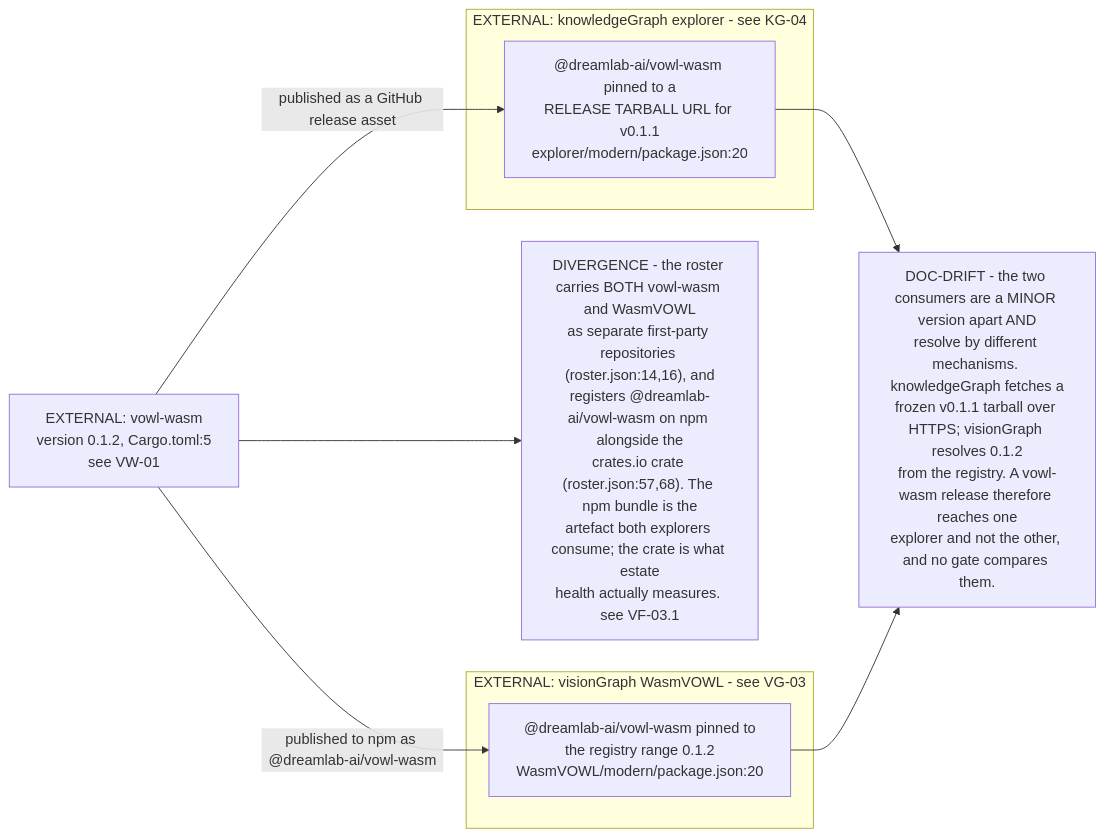
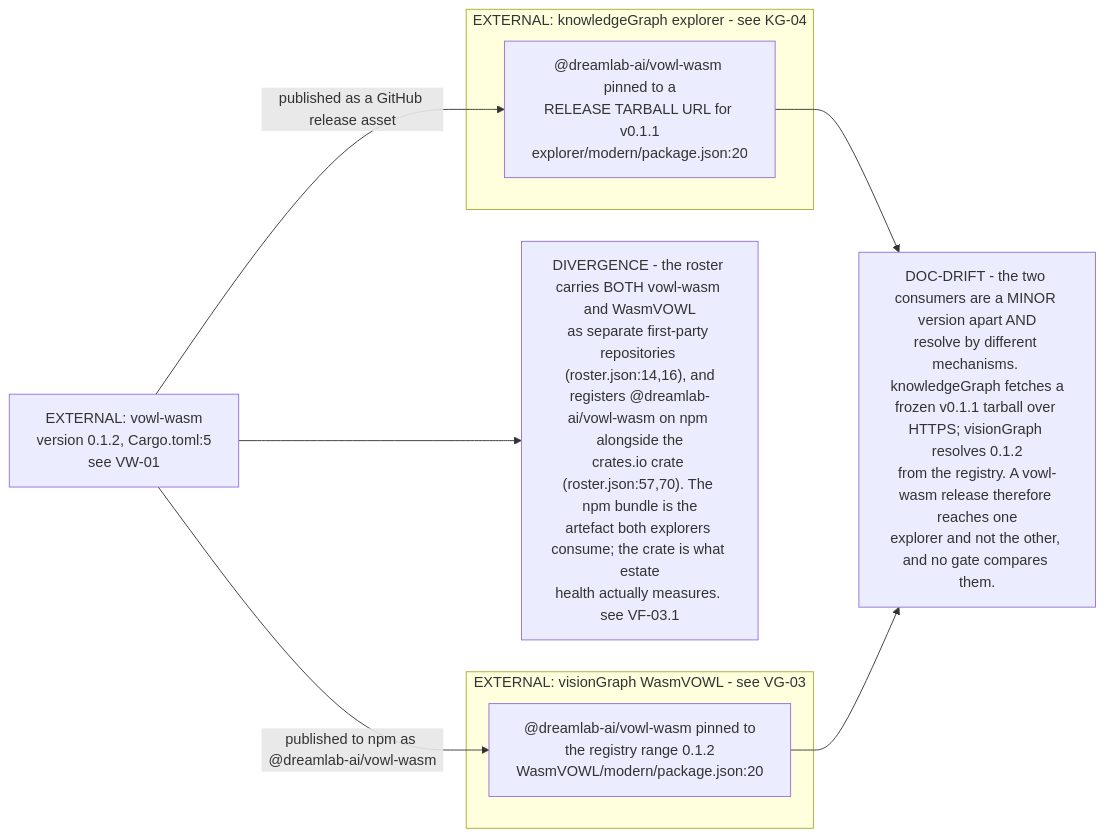
Before and after one commit to DreamLab-AI/VisionFlow: the third of 5 diagrams in docs/diagrams/estate/11-publishing-axis.md, drawn with Mermaid. The commit also changed other lines of this file and 111 other files, not shown here.

Commit message:
docs(diagrams): align estate maps with current source

````diff
--- a/docs/diagrams/estate/11-publishing-axis.md
+++ b/docs/diagrams/estate/11-publishing-axis.md
@@ -93,21 +93,21 @@
 ```mermaid
 flowchart LR
     CRATE["EXTERNAL: vowl-wasm<br/>version 0.1.2, Cargo.toml:5<br/>see VW-01"]
 
     subgraph KGE["EXTERNAL: knowledgeGraph explorer - see KG-04"]
         KGP["@dreamlab-ai/vowl-wasm pinned to a<br/>RELEASE TARBALL URL for v0.1.1<br/>explorer/modern/package.json:20"]
     end
     subgraph VGE["EXTERNAL: visionGraph WasmVOWL - see VG-03"]
         VGP["@dreamlab-ai/vowl-wasm pinned to<br/>the registry range 0.1.2<br/>WasmVOWL/modern/package.json:20"]
     end
 
     CRATE -->|"published as a GitHub release asset"| KGP
     CRATE -->|"published to npm as @dreamlab-ai/vowl-wasm"| VGP
 
     D1["DOC-DRIFT - the two consumers are a MINOR version apart AND<br/>resolve by different mechanisms. knowledgeGraph fetches a<br/>frozen v0.1.1 tarball over HTTPS; visionGraph resolves 0.1.2<br/>from the registry. A vowl-wasm release therefore reaches one<br/>explorer and not the other, and no gate compares them."]
-    D2["DIVERGENCE - the roster carries BOTH vowl-wasm and WasmVOWL<br/>as separate first-party repositories (roster.json:14,16), and<br/>registers @dreamlab-ai/vowl-wasm on npm alongside the<br/>crates.io crate (roster.json:57,68). The npm bundle is the<br/>artefact both explorers consume; the crate is what estate<br/>health actually measures. see VF-03.1"]
+    D2["DIVERGENCE - the roster carries BOTH vowl-wasm and WasmVOWL<br/>as separate first-party repositories (roster.json:14,16), and<br/>registers @dreamlab-ai/vowl-wasm on npm alongside the<br/>crates.io crate (roster.json:57,70). The npm bundle is the<br/>artefact both explorers consume; the crate is what estate<br/>health actually measures. see VF-03.1"]
 
     KGP --> D1
     VGP --> D1
     CRATE --> D2
 ```
````
